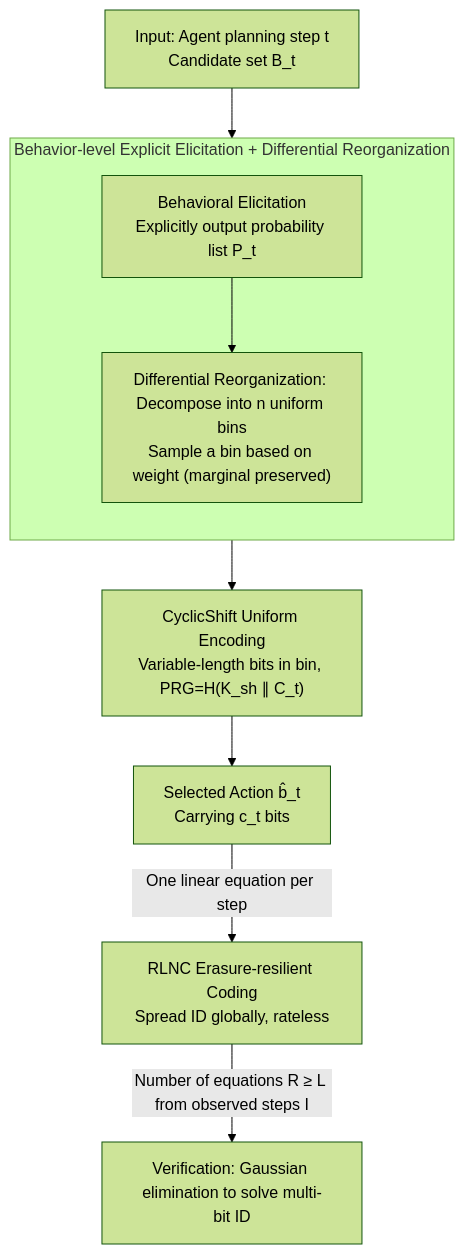
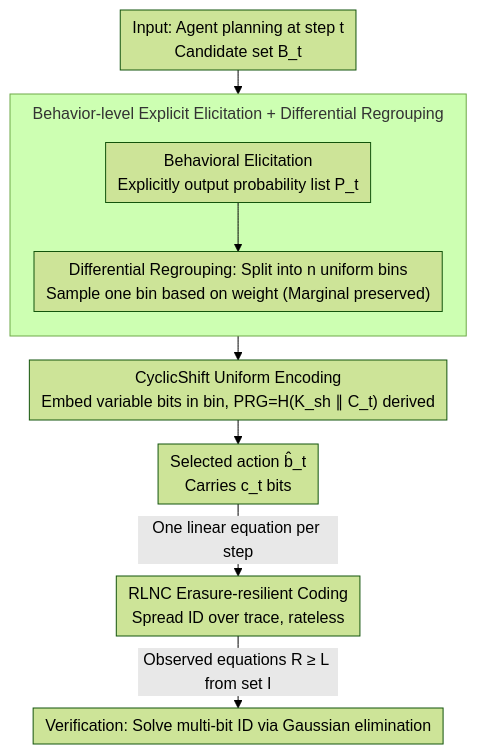
Before and after one commit to zhaoyang97/Paper-Notes-en: the diagram in docs/ACL2026/llm_safety/agentmark_utility-preserving_behavioral_watermarking_for_agents.md, drawn with Mermaid (forest theme). The commit also changed other lines of this file and 5084 other files, not shown here.

````diff
--- a/docs/ACL2026/llm_safety/agentmark_utility-preserving_behavioral_watermarking_for_agents.md
+++ b/docs/ACL2026/llm_safety/agentmark_utility-preserving_behavioral_watermarking_for_agents.md
@@ -50,12 +50,13 @@
 ```mermaid
-graph TD
-    A["Input: Agent planning step t<br/>Candidate set B_t"] --> S1
-    subgraph S1["Behavior-level Explicit Elicitation + Differential Reorganization"]
+%%{init: {'flowchart': {'rankSpacing': 24, 'nodeSpacing': 28, 'padding': 6, 'wrappingWidth': 400, 'subGraphTitleMargin': {'top': 8, 'bottom': 16}}}}%%
+flowchart TD
+    A["Input: Agent planning at step t<br/>Candidate set B_t"] --> S1
+    subgraph S1["Behavior-level Explicit Elicitation + Differential Regrouping"]
         direction TB
-        B["Behavioral Elicitation<br/>Explicitly output probability list P_t"] --> C["Differential Reorganization: Decompose into n uniform bins<br/>Sample a bin based on weight (marginal preserved)"]
+        B["Behavioral Elicitation<br/>Explicitly output probability list P_t"] --> C["Differential Regrouping: Split into n uniform bins<br/>Sample one bin based on weight (Marginal preserved)"]
     end
-    S1 --> D["CyclicShift Uniform Encoding<br/>Variable-length bits in bin, PRG=H(K_sh ∥ C_t)"]
-    D --> E["Selected Action b̂_t<br/>Carrying c_t bits"]
-    E -->|One linear equation per step| F["RLNC Erasure-resilient Coding<br/>Spread ID globally, rateless"]
-    F -->|Number of equations R ≥ L from observed steps I| G["Verification: Gaussian elimination to solve multi-bit ID"]
+    S1 --> D["CyclicShift Uniform Encoding<br/>Embed variable bits in bin, PRG=H(K_sh ∥ C_t) derived"]
+    D --> E["Selected action b̂_t<br/>Carries c_t bits"]
+    E -->|One linear equation per step| F["RLNC Erasure-resilient Coding<br/>Spread ID over trace, rateless"]
+    F -->|Observed equations R ≥ L from set I| G["Verification: Solve multi-bit ID via Gaussian elimination"]
 ```
````
